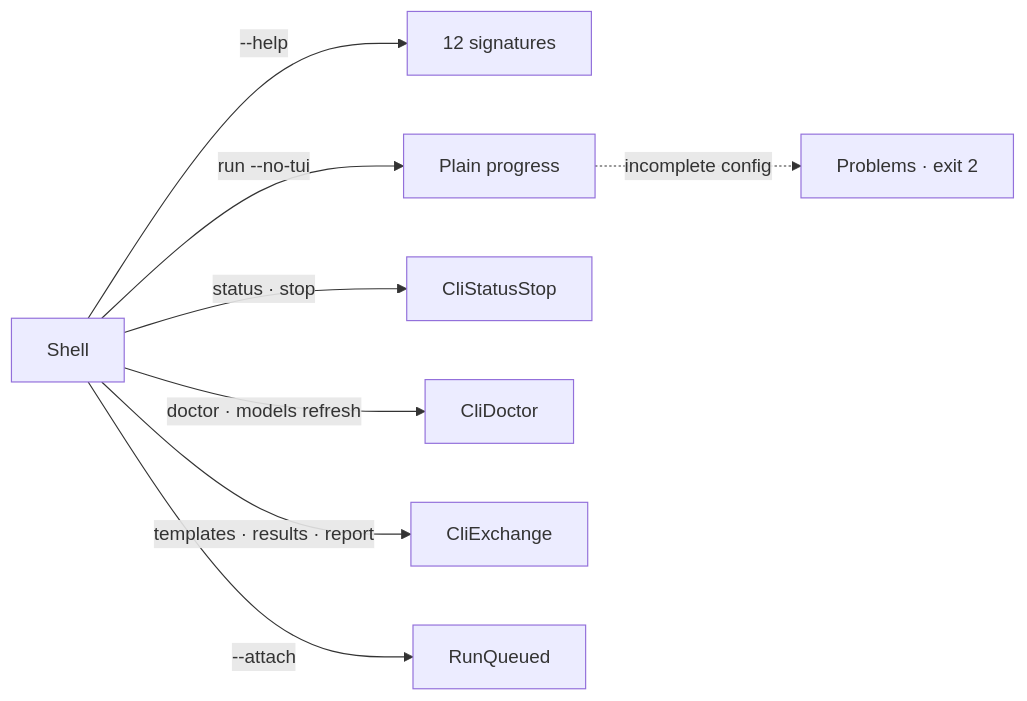
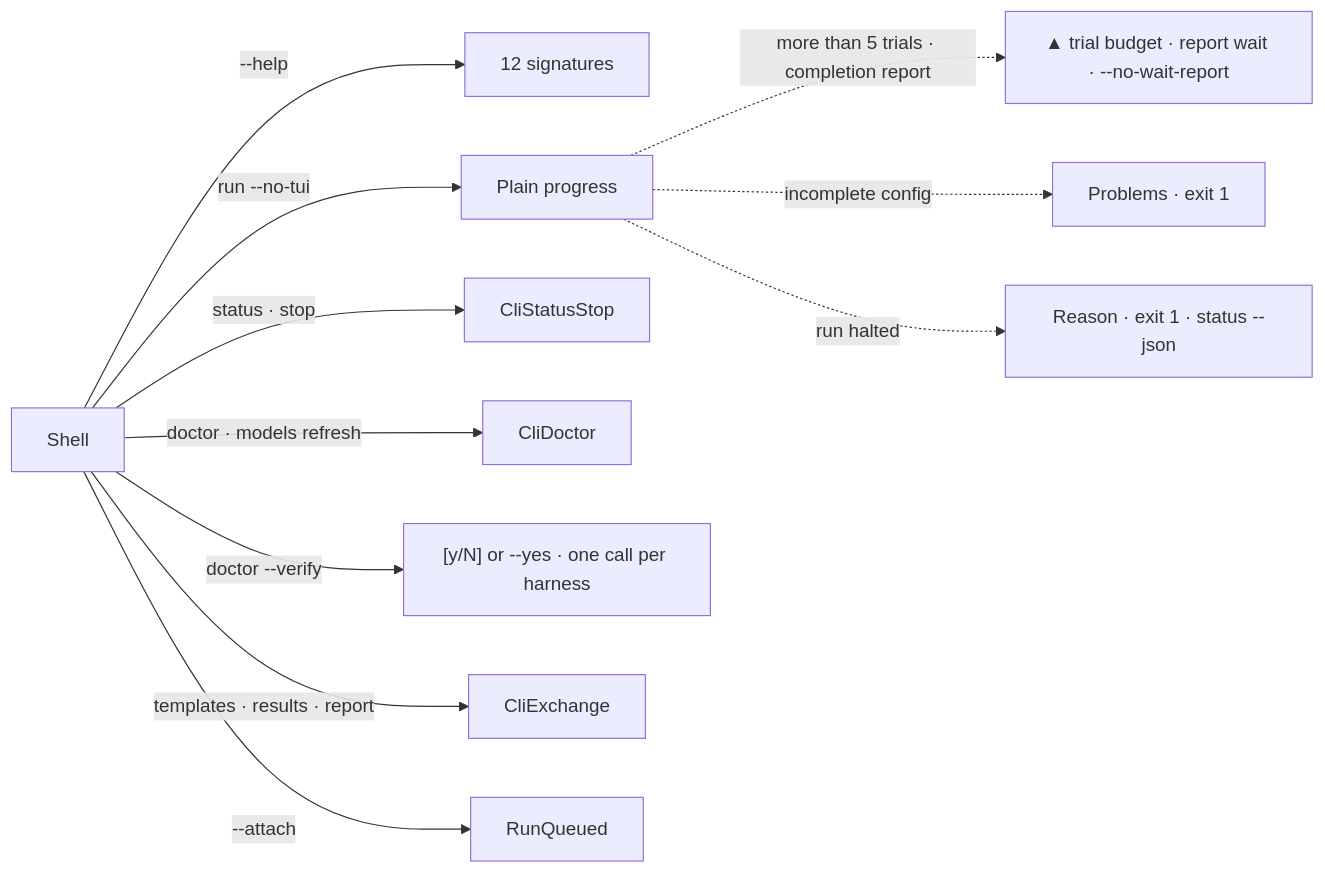
One commit to AxionomicAI/AxBenchmark changed diagram 19 of 23 in spec/design/wireframe-tui/navigation.md. Above: the diagram before and after it, drawn with Mermaid. The commit also changed other lines of this file and 228 other files, not shown here.

````diff
--- a/spec/design/wireframe-tui/navigation.md
+++ b/spec/design/wireframe-tui/navigation.md
@@ -342,10 +414,13 @@
 ```mermaid
 flowchart LR
     Shell -->|--help| CliHelp["12 signatures"]
     Shell -->|run --no-tui| CliRun["Plain progress"]
-    CliRun -.->|incomplete config| CliInvalid["Problems · exit 2"]
+    CliRun -.->|more than 5 trials · completion report| CliRunReport["▲ trial budget · report wait · --no-wait-report"]
+    CliRun -.->|incomplete config| CliInvalid["Problems · exit 1"]
+    CliRun -.->|run halted| CliHalted["Reason · exit 1 · status --json"]
     Shell -->|status · stop| CliStatusStop
     Shell -->|doctor · models refresh| CliDoctor
+    Shell -->|doctor --verify| CliVerify["[y/N] or --yes · one call per harness"]
     Shell -->|templates · results · report| CliExchange
     Shell -->|--attach| RunQueued
 ```
````
